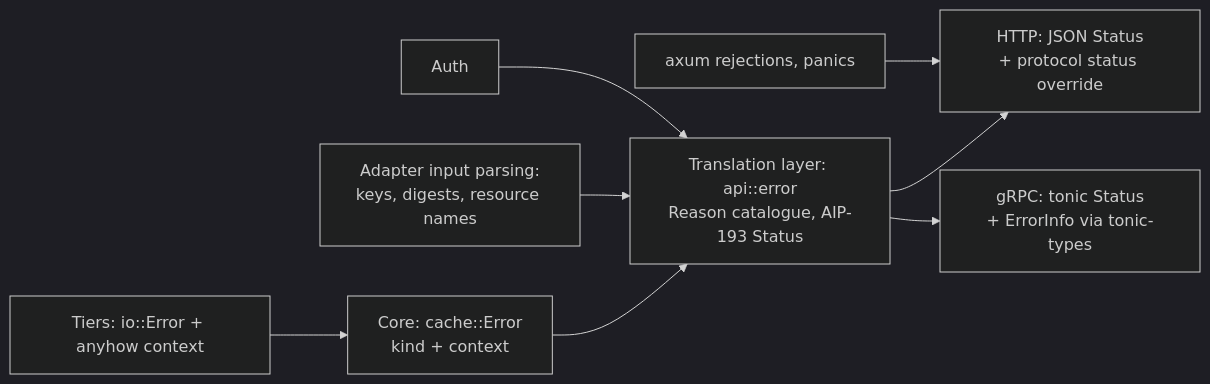
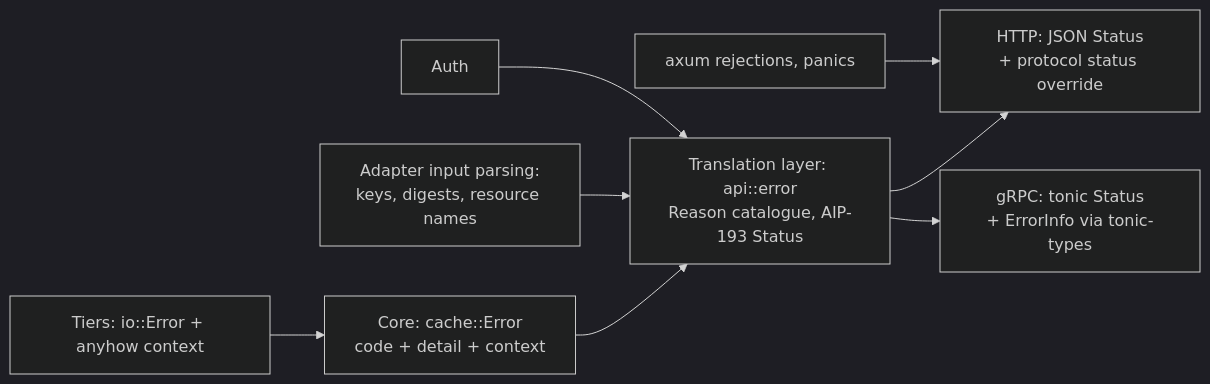
Before and after one commit to nevzheng/mammoth-cache: the diagram in docs/design/0017-errors.md, drawn with Mermaid (dark theme). The commit also changed other lines of this file, not shown here.

````diff
--- a/docs/design/0017-errors.md
+++ b/docs/design/0017-errors.md
@@ -131,10 +138,10 @@
 ```mermaid
 flowchart LR
-  T[Tiers: io::Error + anyhow context] --> C[Core: cache::Error<br/>kind + context]
+  T[Tiers: io::Error + anyhow context] --> C[Core: cache::Error<br/>code + detail + context]
   C --> TL[Translation layer: api::error<br/>Reason catalogue, AIP-193 Status]
   K[Adapter input parsing:<br/>keys, digests, resource names] --> TL
   A[Auth] --> TL
   TL --> H[HTTP: JSON Status<br/>+ protocol status override]
   TL --> G[gRPC: tonic Status<br/>+ ErrorInfo via tonic-types]
   R[axum rejections, panics] --> H
 ```
````
